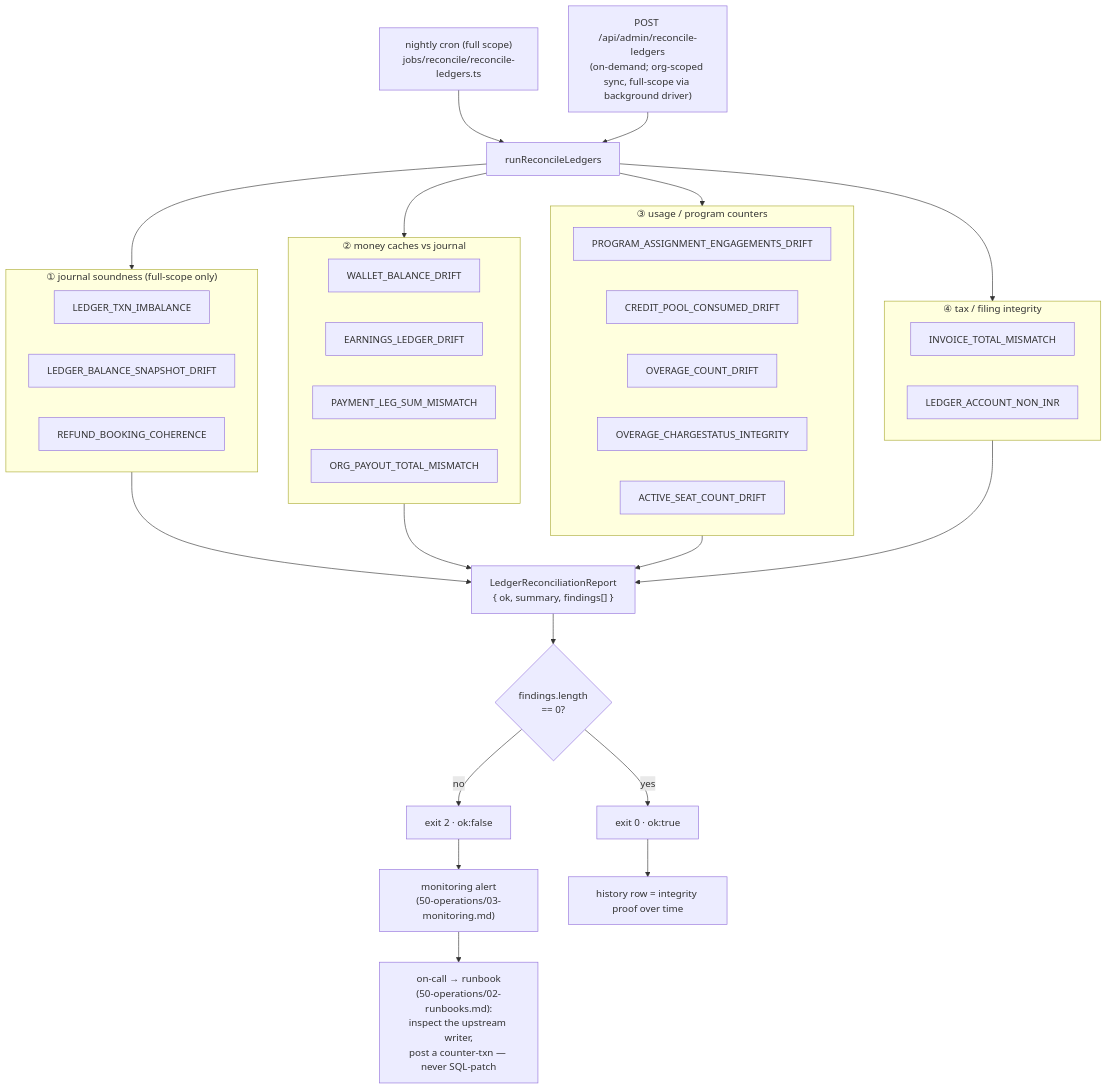
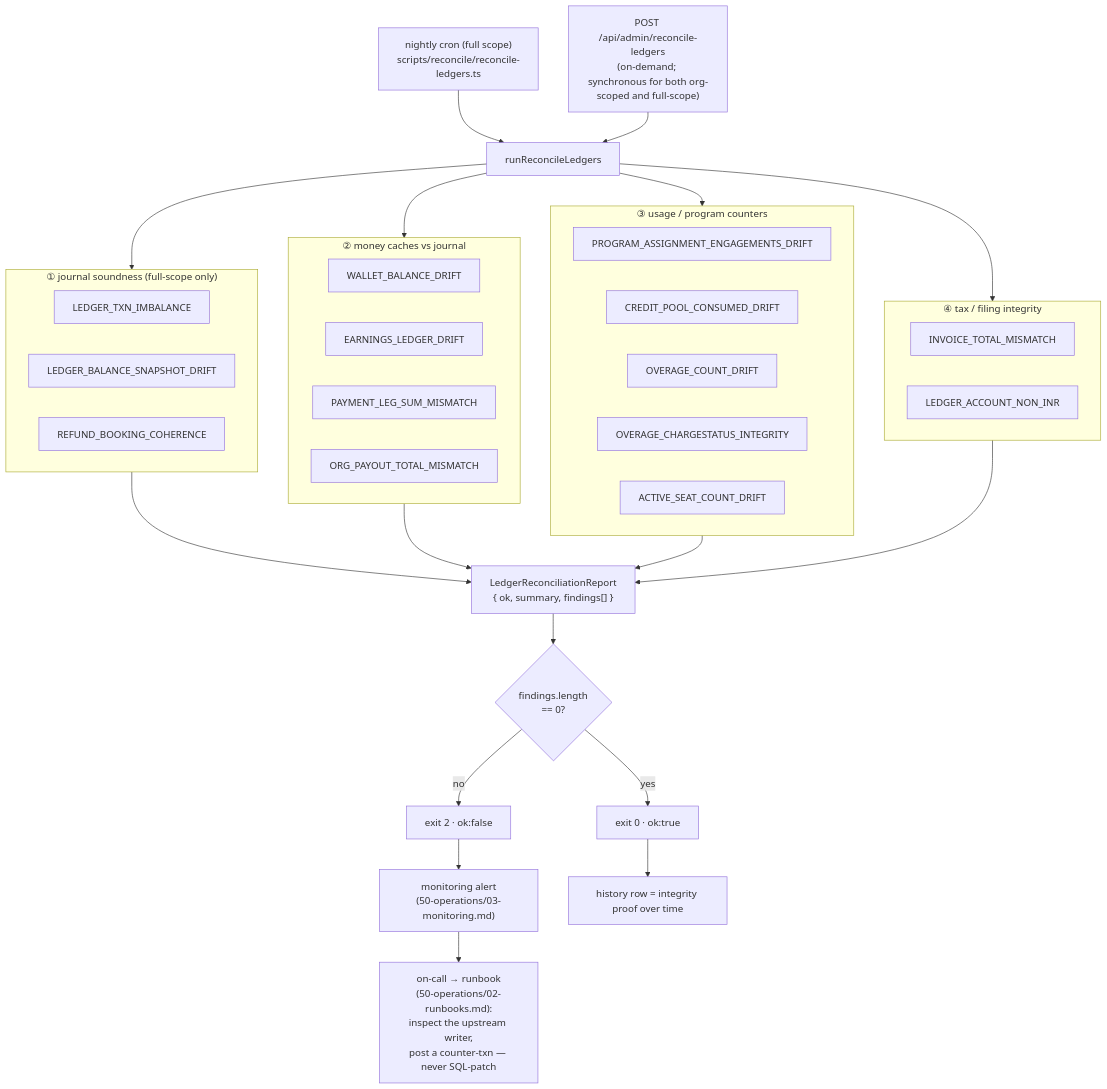
Before and after one commit to Practitionist/familiarise_web: the second of 2 diagrams in docs/enterprise/10-money-and-ledger/13-ledger-integrity.md, drawn with Mermaid. The commit also changed other lines of this file and 11 other files, not shown here.

````diff
--- a/docs/enterprise/10-money-and-ledger/13-ledger-integrity.md
+++ b/docs/enterprise/10-money-and-ledger/13-ledger-integrity.md
@@ -62,38 +62,38 @@
 ```mermaid
 flowchart TD
-  CRON["nightly cron (full scope)<br/>jobs/reconcile/reconcile-ledgers.ts"] --> RUN["runReconcileLedgers"]
-  ADMIN["POST /api/admin/reconcile-ledgers<br/>(on-demand; org-scoped sync, full-scope via background driver)"] --> RUN
+  CRON["nightly cron (full scope)<br/>scripts/reconcile/reconcile-ledgers.ts"] --> RUN["runReconcileLedgers"]
+  ADMIN["POST /api/admin/reconcile-ledgers<br/>(on-demand; synchronous for both org-scoped and full-scope)"] --> RUN
   RUN --> G1
   RUN --> G2
   RUN --> G3
   RUN --> G4
   subgraph G1["① journal soundness (full-scope only)"]
     LTI["LEDGER_TXN_IMBALANCE"]
     LBS["LEDGER_BALANCE_SNAPSHOT_DRIFT"]
     RBC["REFUND_BOOKING_COHERENCE"]
   end
   subgraph G2["② money caches vs journal"]
     WBD["WALLET_BALANCE_DRIFT"]
     ELD["EARNINGS_LEDGER_DRIFT"]
     PLS["PAYMENT_LEG_SUM_MISMATCH"]
     OPT["ORG_PAYOUT_TOTAL_MISMATCH"]
   end
   subgraph G3["③ usage / program counters"]
     PAE["PROGRAM_ASSIGNMENT_ENGAGEMENTS_DRIFT"]
     CPC["CREDIT_POOL_CONSUMED_DRIFT"]
     OCD["OVERAGE_COUNT_DRIFT"]
     OCI["OVERAGE_CHARGESTATUS_INTEGRITY"]
     ASC["ACTIVE_SEAT_COUNT_DRIFT"]
   end
   subgraph G4["④ tax / filing integrity"]
     ITM["INVOICE_TOTAL_MISMATCH"]
     NIN["LEDGER_ACCOUNT_NON_INR"]
   end
   G1 & G2 & G3 & G4 --> RPT["LedgerReconciliationReport<br/>{ ok, summary, findings[] }"]
   RPT --> OK{"findings.length<br/>== 0?"}
   OK -- yes --> CLEAN["exit 0 · ok:true"]
   OK -- no --> PAGE["exit 2 · ok:false"]
   PAGE --> MON["monitoring alert<br/>(50-operations/03-monitoring.md)"]
   MON --> ONCALL["on-call → runbook<br/>(50-operations/02-runbooks.md):<br/>inspect the upstream writer,<br/>post a counter-txn — never SQL-patch"]
   CLEAN --> AUDIT["history row = integrity proof over time"]
 ```
````
